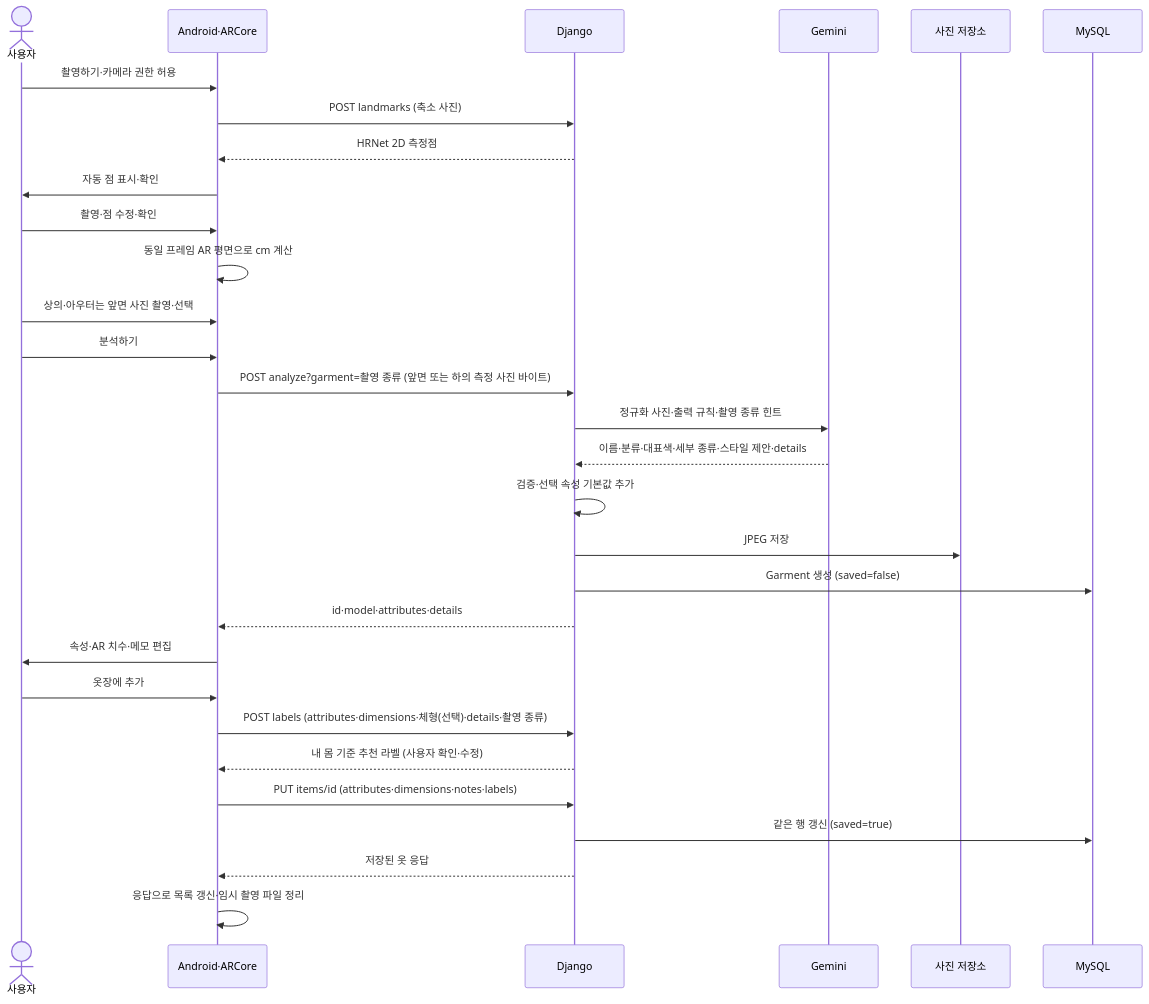
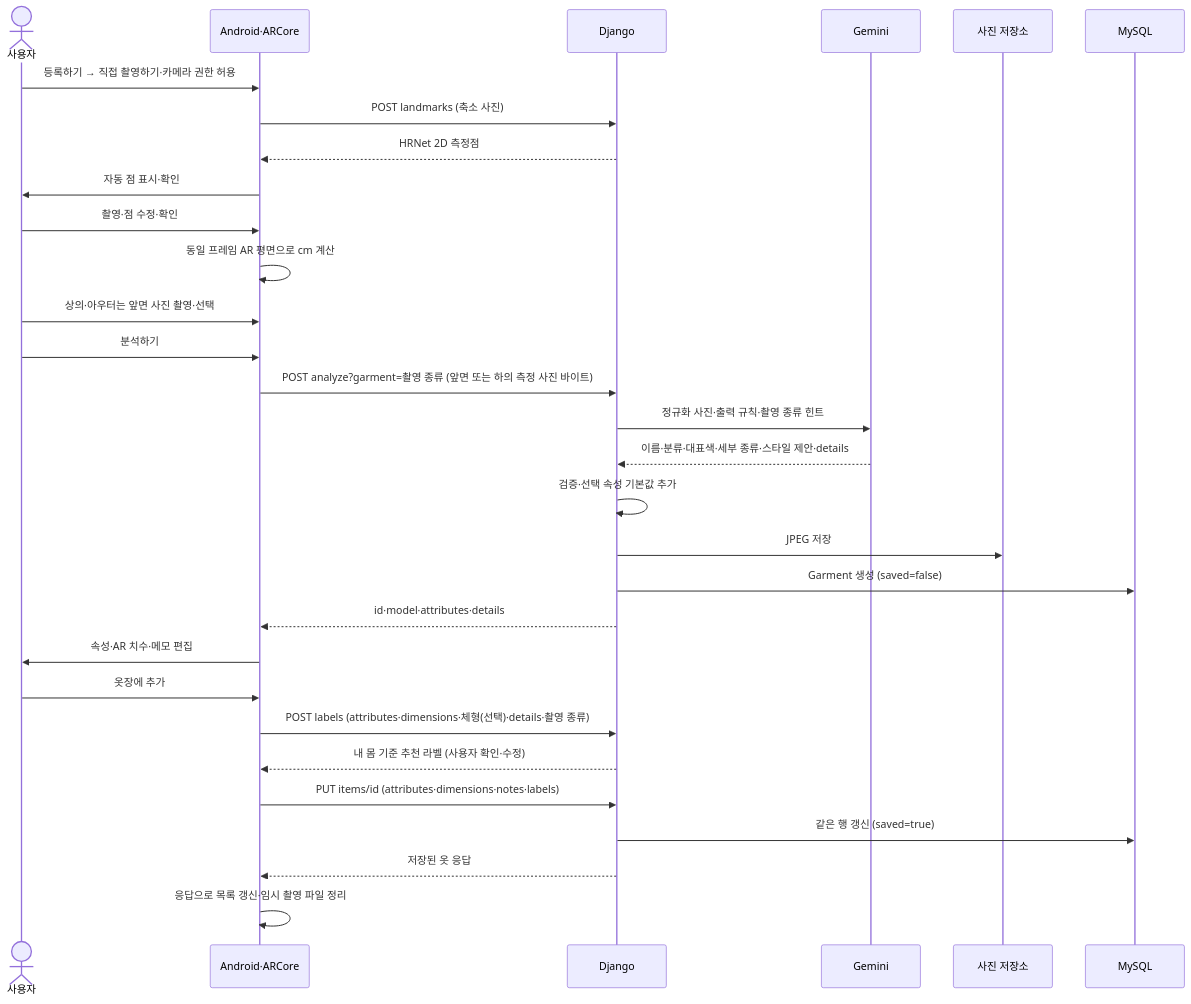
Before and after one commit to snuhcs-course/swpp-2026-project-team-14: the diagram in docs/wardrobe/wardrobe-flow.md, drawn with Mermaid. The commit also changed other lines of this file and 4 other files, not shown here.

````diff
--- a/docs/wardrobe/wardrobe-flow.md
+++ b/docs/wardrobe/wardrobe-flow.md
@@ -21,32 +25,32 @@
 ```mermaid
 sequenceDiagram
     actor User as 사용자
     participant App as Android·ARCore
     participant BE as Django
     participant AI as Gemini
     participant Files as 사진 저장소
     participant DB as MySQL
-    User->>App: 촬영하기·카메라 권한 허용
+    User->>App: 등록하기 → 직접 촬영하기·카메라 권한 허용
     App->>BE: POST landmarks (축소 사진)
     BE-->>App: HRNet 2D 측정점
     App->>User: 자동 점 표시·확인
     User->>App: 촬영·점 수정·확인
     App->>App: 동일 프레임 AR 평면으로 cm 계산
     User->>App: 상의·아우터는 앞면 사진 촬영·선택
     User->>App: 분석하기
     App->>BE: POST analyze?garment=촬영 종류 (앞면 또는 하의 측정 사진 바이트)
     BE->>AI: 정규화 사진·출력 규칙·촬영 종류 힌트
     AI-->>BE: 이름·분류·대표색·세부 종류·스타일 제안·details
     BE->>BE: 검증·선택 속성 기본값 추가
     BE->>Files: JPEG 저장
     BE->>DB: Garment 생성 (saved=false)
     BE-->>App: id·model·attributes·details
     App->>User: 속성·AR 치수·메모 편집
     User->>App: 옷장에 추가
     App->>BE: POST labels (attributes·dimensions·체형(선택)·details·촬영 종류)
     BE-->>App: 내 몸 기준 추천 라벨 (사용자 확인·수정)
     App->>BE: PUT items/id (attributes·dimensions·notes·labels)
     BE->>DB: 같은 행 갱신 (saved=true)
     BE-->>App: 저장된 옷 응답
     App->>App: 응답으로 목록 갱신·임시 촬영 파일 정리
 ```
````
